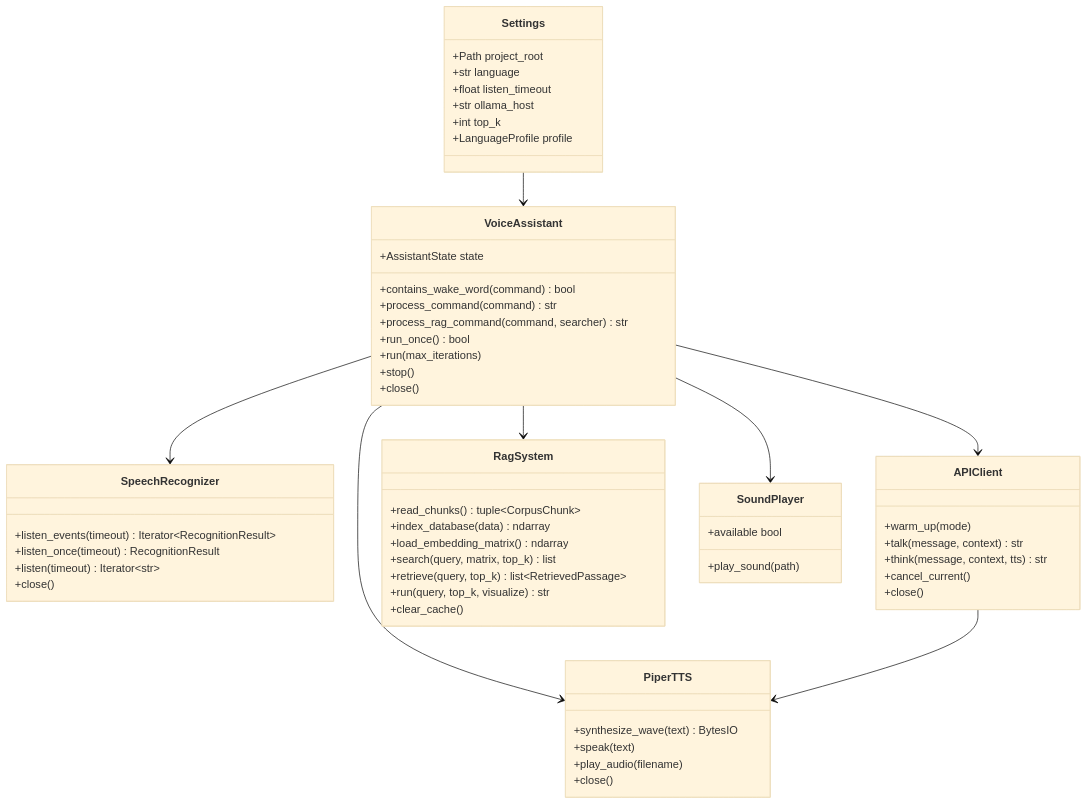
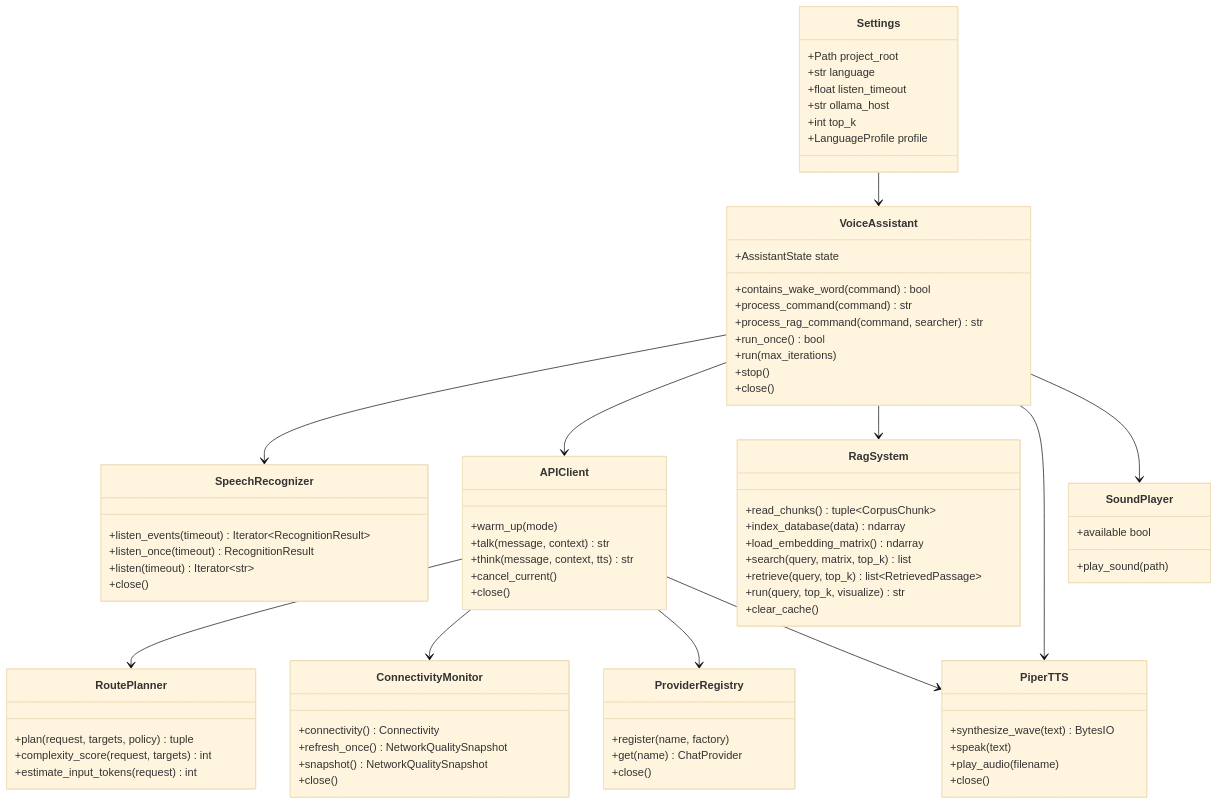
The second of 6 diagrams in README.md (UbiquitousDynamics/helios-ai-jetson-framework), drawn with Mermaid (base theme) before and after one commit. The commit also changed other lines of this file and 15 other files, not shown here.

```diff
--- a/README.md
+++ b/README.md
@@ -207,6 +234,25 @@
         +close()
     }
 
+    class RoutePlanner {
+        +plan(request, targets, policy) tuple
+        +complexity_score(request, targets) int
+        +estimate_input_tokens(request) int
+    }
+
+    class ConnectivityMonitor {
+        +connectivity() Connectivity
+        +refresh_once() NetworkQualitySnapshot
+        +snapshot() NetworkQualitySnapshot
+        +close()
+    }
+
+    class ProviderRegistry {
+        +register(name, factory)
+        +get(name) ChatProvider
+        +close()
+    }
+
     class RagSystem {
         +read_chunks() tuple~CorpusChunk~
         +index_database(data) ndarray
@@ -232,6 +278,9 @@
     Settings --> VoiceAssistant
     VoiceAssistant --> SpeechRecognizer
     VoiceAssistant --> APIClient
+    APIClient --> RoutePlanner
+    APIClient --> ConnectivityMonitor
+    APIClient --> ProviderRegistry
     VoiceAssistant --> RagSystem
     VoiceAssistant --> PiperTTS
     VoiceAssistant --> SoundPlayer
```
